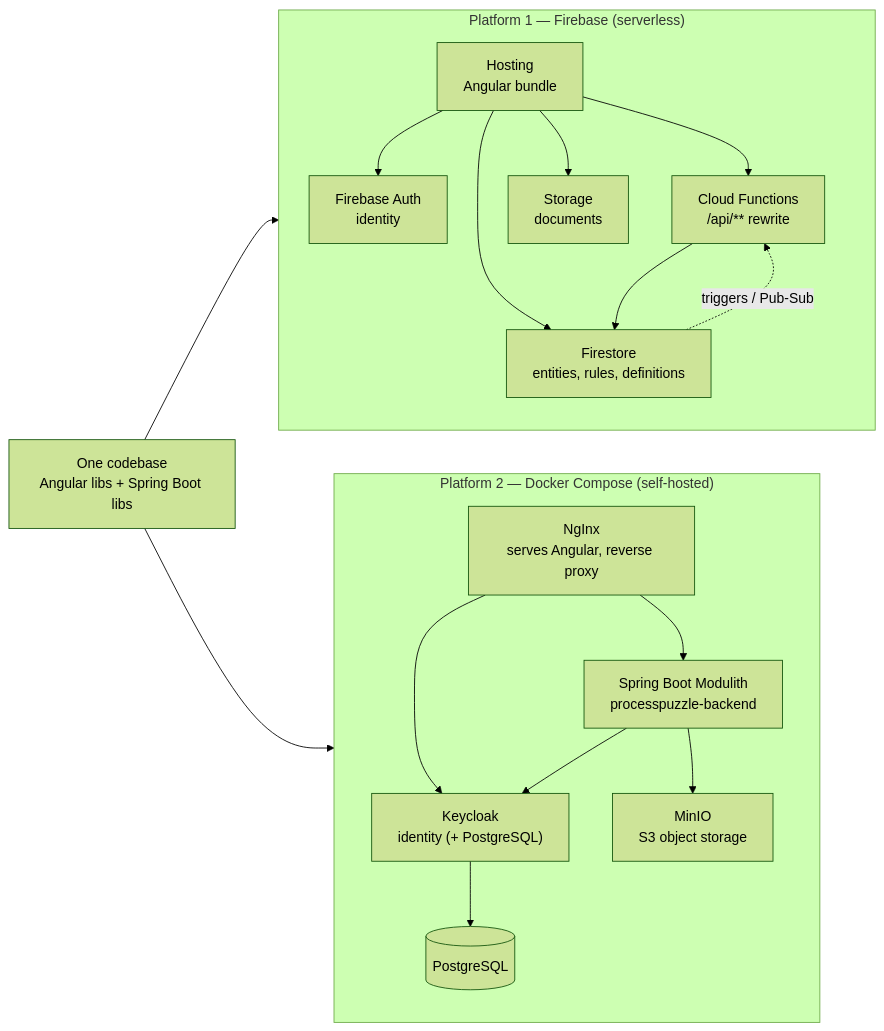
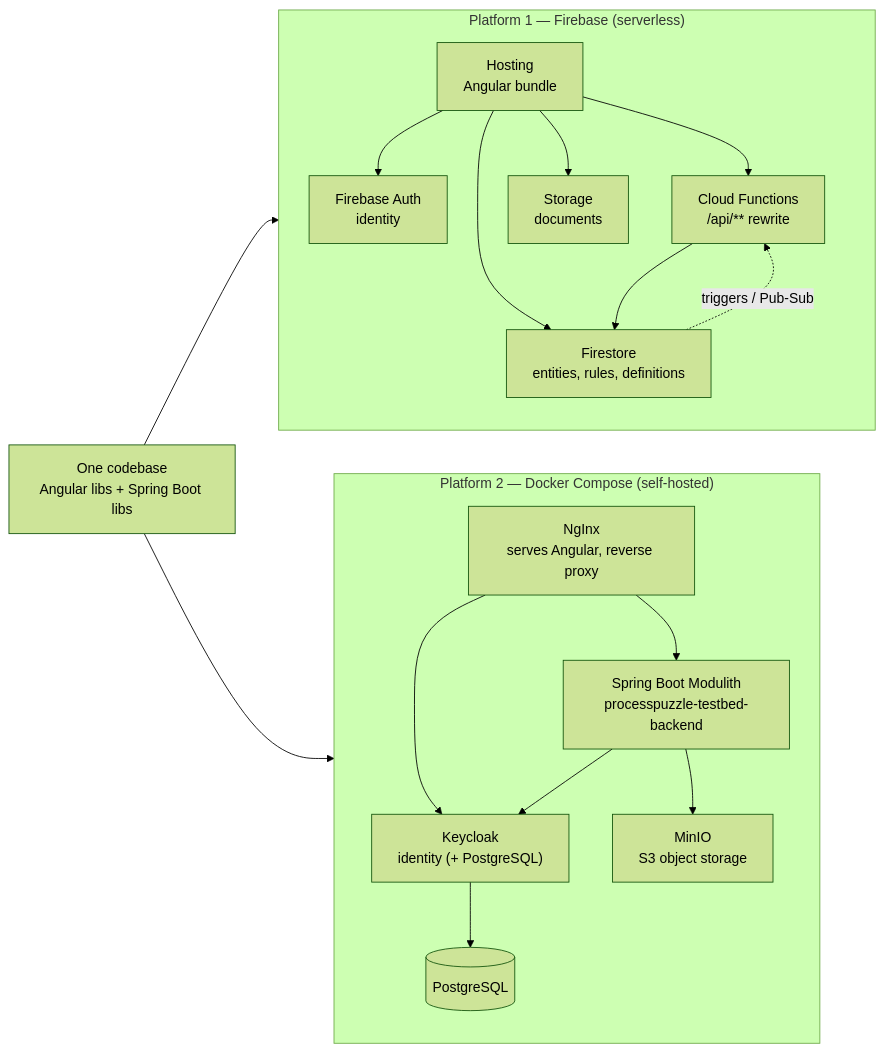
Before and after one commit to ZsZs/processpuzzle: the third of 3 diagrams in README.md, drawn with Mermaid (forest theme). The commit also changed 122 other files, not shown here.

Commit message:
fix(processpuzzle-testbed): Rename to processpuzzle-testbed-backend.

````diff
--- a/README.md
+++ b/README.md
@@ -190,32 +190,32 @@
 ```mermaid
 graph LR
   subgraph FB["Platform 1 — Firebase (serverless)"]
     fbHost["Hosting<br/>Angular bundle"]
     fbAuth["Firebase Auth<br/>identity"]
     fbFn["Cloud Functions<br/>/api/** rewrite"]
     fbFs["Firestore<br/>entities, rules, definitions"]
     fbSt["Storage<br/>documents"]
     fbHost --> fbAuth
     fbHost --> fbFn
     fbHost --> fbFs
     fbFn --> fbFs
     fbFs -. "triggers / Pub-Sub" .-> fbFn
     fbHost --> fbSt
   end
 
   subgraph DC["Platform 2 — Docker Compose (self-hosted)"]
     nginx["NgInx<br/>serves Angular, reverse proxy"]
-    boot["Spring Boot Modulith<br/>processpuzzle-backend"]
+    boot["Spring Boot Modulith<br/>processpuzzle-testbed-backend"]
     kc["Keycloak<br/>identity (+ PostgreSQL)"]
     minio["MinIO<br/>S3 object storage"]
     pg[("PostgreSQL")]
     nginx --> boot
     nginx --> kc
     boot --> minio
     boot --> kc
     kc --> pg
   end
 
   code["One codebase<br/>Angular libs + Spring Boot libs"] --> FB
   code --> DC
 ```
````
